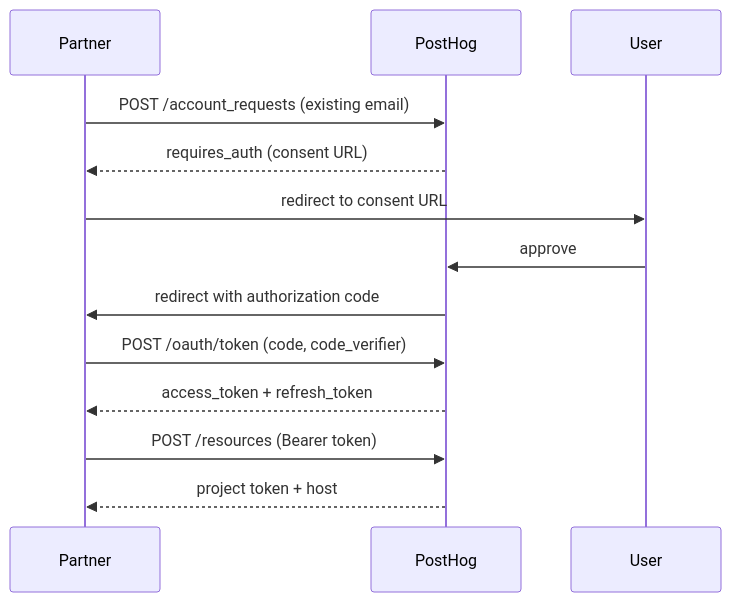
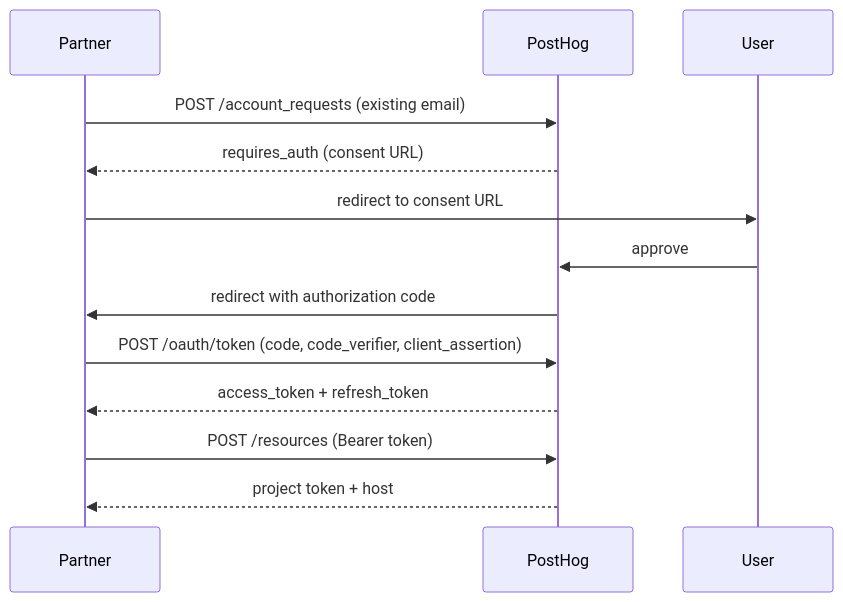
Before and after one commit to olorehq/olore: the third of 3 diagrams in vault/packages/posthog/latest/contents/integrate/provisioning.mdx, drawn with Mermaid. The commit also changed other lines of this file and 26351 other files, not shown here.

````diff
--- a/vault/packages/posthog/latest/contents/integrate/provisioning.mdx
+++ b/vault/packages/posthog/latest/contents/integrate/provisioning.mdx
@@ -235,19 +529,19 @@
 ```mermaid
 sequenceDiagram
     participant P as Partner
     participant PH as PostHog
     participant U as User
 
     P->>PH: POST /account_requests (existing email)
     PH-->>P: requires_auth (consent URL)
 
     P->>U: redirect to consent URL
     U->>PH: approve
     PH->>P: redirect with authorization code
 
-    P->>PH: POST /oauth/token (code, code_verifier)
+    P->>PH: POST /oauth/token (code, code_verifier, client_assertion)
     PH-->>P: access_token + refresh_token
 
     P->>PH: POST /resources (Bearer token)
     PH-->>P: project token + host
 ```
````
